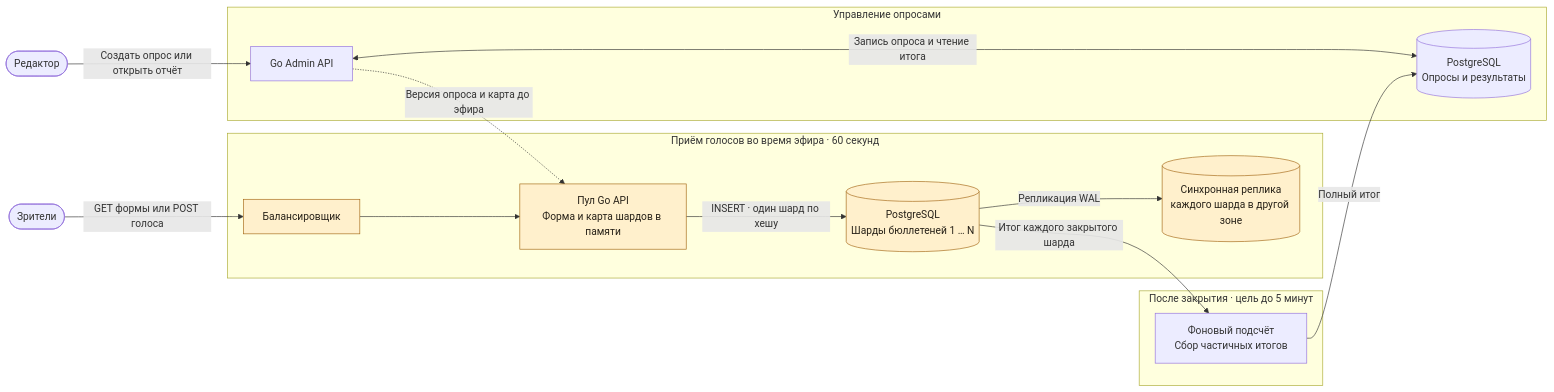
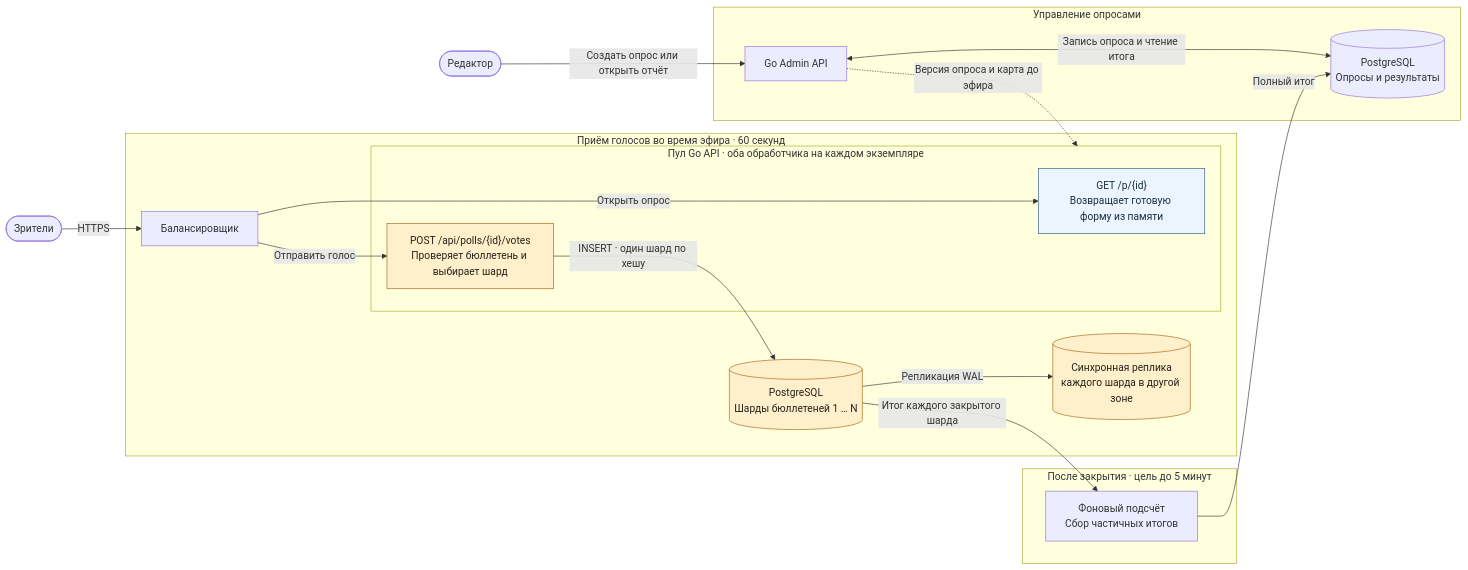
The diagram in DESIGN.md (rococo4/televote), drawn with Mermaid before and after one commit. The commit also changed other lines of this file and 3 other files, not shown here.

Commit message:
Draw separate poll-read and vote-write routes in the API

````diff
--- a/DESIGN.md
+++ b/DESIGN.md
@@ -40,34 +40,40 @@
 ```mermaid
 flowchart LR
     viewer(["Зрители"])
     editor(["Редактор"])
 
     subgraph live["Приём голосов во время эфира · 60 секунд"]
         lb["Балансировщик"]
-        api["Пул Go API<br/>Форма и карта шардов в памяти"]
+        subgraph api["Пул Go API · оба обработчика на каждом экземпляре"]
+            read["GET /p/{id}<br/>Возвращает готовую форму из памяти"]
+            vote["POST /api/polls/{id}/votes<br/>Проверяет бюллетень и выбирает шард"]
+        end
         ballots[("PostgreSQL<br/>Шарды бюллетеней 1 … N")]
         replicas[("Синхронная реплика<br/>каждого шарда в другой зоне")]
-        lb --> api
-        api -->|"INSERT · один шард по хешу"| ballots
+        lb -->|"Открыть опрос"| read
+        lb -->|"Отправить голос"| vote
+        vote -->|"INSERT · один шард по хешу"| ballots
         ballots -->|"Репликация WAL"| replicas
     end
 
     subgraph count["После закрытия · цель до 5 минут"]
         tally["Фоновый подсчёт<br/>Сбор частичных итогов"]
     end
 
     subgraph management["Управление опросами"]
         admin["Go Admin API"]
         results[("PostgreSQL<br/>Опросы и результаты")]
         admin <-->|"Запись опроса и чтение итога"| results
     end
 
-    viewer -->|"GET формы или POST голоса"| lb
+    viewer -->|"HTTPS"| lb
     editor -->|"Создать опрос или открыть отчёт"| admin
     admin -.->|"Версия опроса и карта до эфира"| api
     ballots -->|"Итог каждого закрытого шарда"| tally
     tally -->|"Полный итог"| results
 
     classDef writePath fill:#fff0cc,stroke:#a36613,color:#262017
-    class lb,api,ballots,replicas writePath
+    classDef readPath fill:#ecf4ff,stroke:#315a84,color:#182e41
+    class vote,ballots,replicas writePath
+    class read readPath
 ```
````
